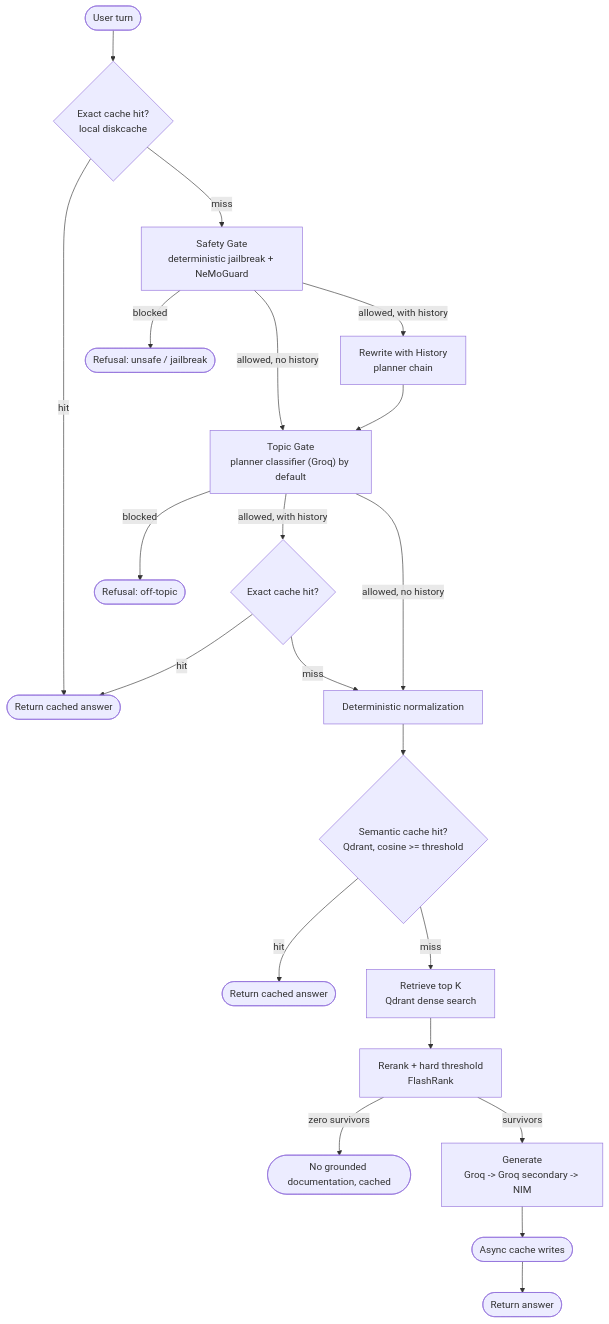
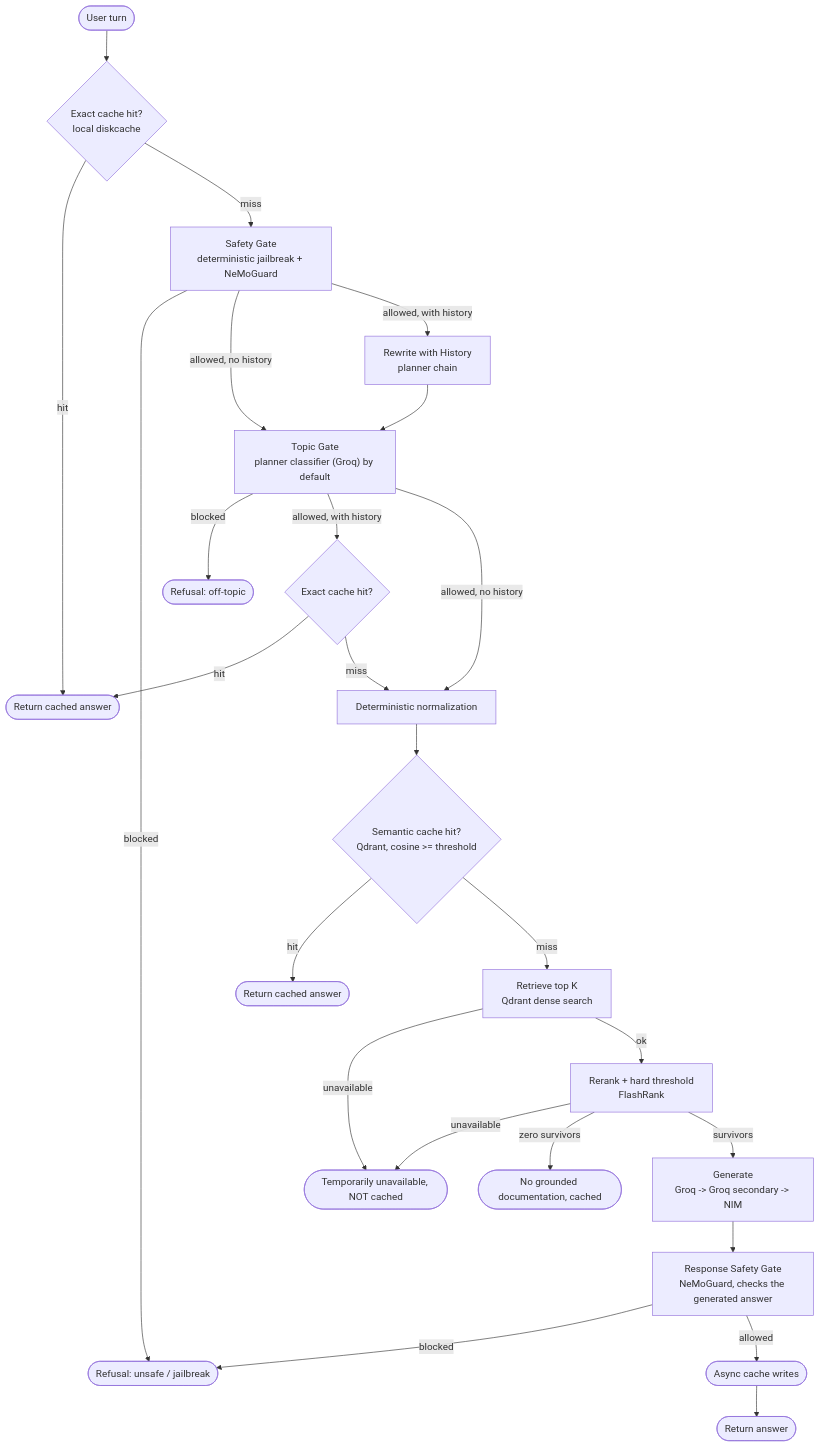
One commit to abhinavharbola/kubernetes-gated-rag changed the diagram in README.md. Above: the diagram before and after it, drawn with Mermaid. The commit also changed other lines of this file and 39 other files, not shown here.

````diff
--- a/README.md
+++ b/README.md
@@ -7,23 +7,27 @@
 ```mermaid
 flowchart TD
     Start([User turn]) --> ExactCache{"Exact cache hit?\nlocal diskcache"}
     ExactCache -->|hit| ReturnExact([Return cached answer])
     ExactCache -->|miss| Safety["Safety Gate\ndeterministic jailbreak + NeMoGuard"]
     Safety -->|blocked| RefusalUnsafe([Refusal: unsafe / jailbreak])
     Safety -->|allowed, no history| Topic["Topic Gate\nplanner classifier (Groq) by default"]
     Safety -->|allowed, with history| Rewrite["Rewrite with History\nplanner chain"]
     Rewrite --> Topic
     Topic -->|blocked| RefusalOffTopic([Refusal: off-topic])
     Topic -->|allowed, with history| LateExact{"Exact cache hit?"}
     Topic -->|allowed, no history| Canonicalize["Deterministic normalization"]
     LateExact -->|hit| ReturnExact
     LateExact -->|miss| Canonicalize
     Canonicalize --> SemanticCache{"Semantic cache hit?\nQdrant, cosine >= threshold"}
     SemanticCache -->|hit| ReturnSemantic([Return cached answer])
     SemanticCache -->|miss| Retrieve["Retrieve top K\nQdrant dense search"]
-    Retrieve --> Rerank["Rerank + hard threshold\nFlashRank"]
+    Retrieve -->|unavailable| ServiceDown([Temporarily unavailable, NOT cached])
+    Retrieve -->|ok| Rerank["Rerank + hard threshold\nFlashRank"]
+    Rerank -->|unavailable| ServiceDown
     Rerank -->|zero survivors| NoContext([No grounded documentation, cached])
     Rerank -->|survivors| Generate["Generate\nGroq -> Groq secondary -> NIM"]
-    Generate --> WriteCache([Async cache writes])
+    Generate --> ResponseSafety["Response Safety Gate\nNeMoGuard, checks the generated answer"]
+    ResponseSafety -->|blocked| RefusalUnsafe
+    ResponseSafety -->|allowed| WriteCache([Async cache writes])
     WriteCache --> ReturnAnswer([Return answer])
 ```
````
